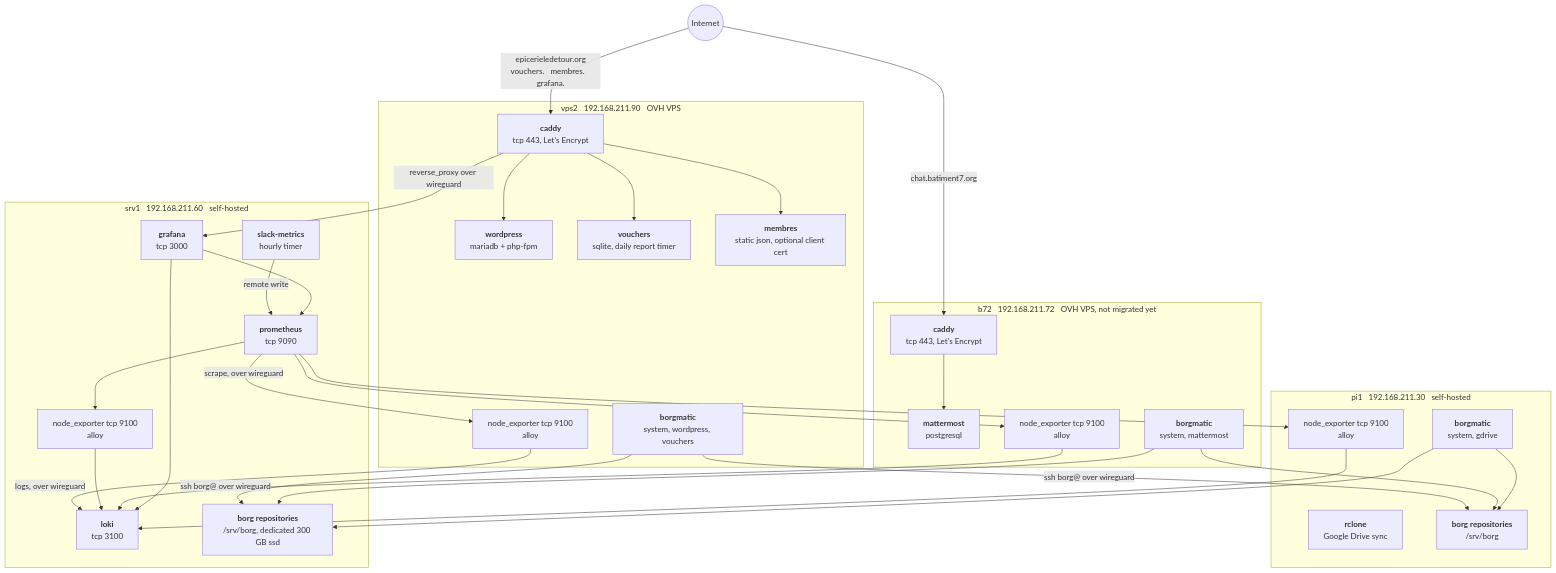
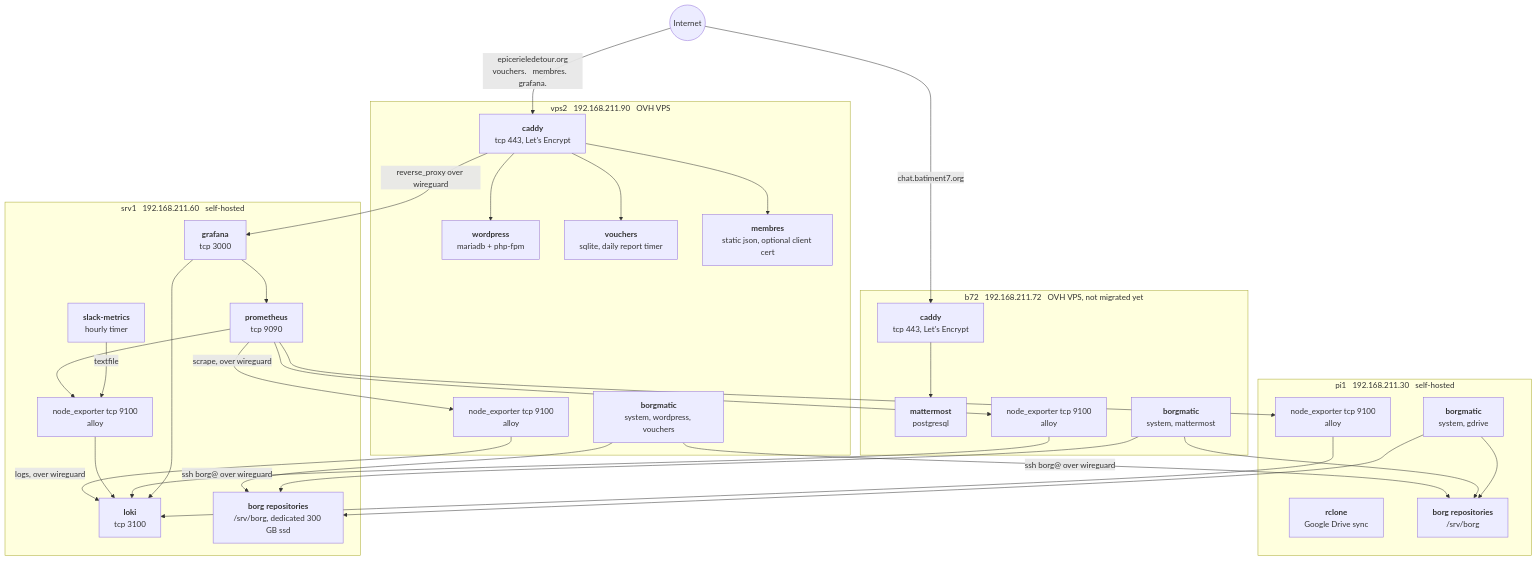
Before and after one commit to epicerieledetour/ansible-automation: the second of 2 diagrams in README.md, drawn with Mermaid. The commit also changed other lines of this file and 8 other files, not shown here.

````diff
--- a/README.md
+++ b/README.md
@@ -98,64 +98,64 @@
 ```mermaid
 flowchart TB
     internet(("Internet"))
 
     subgraph vps2["vps2 &nbsp; 192.168.211.90 &nbsp; OVH VPS"]
         caddy["<b>caddy</b><br/>tcp 443, Let's Encrypt"]
         wordpress["<b>wordpress</b><br/>mariadb + php-fpm"]
         vouchers["<b>vouchers</b><br/>sqlite, daily report timer"]
         membres["<b>membres</b><br/>static json, optional client cert"]
         borgmatic["<b>borgmatic</b><br/>system, wordpress, vouchers"]
         agents2["node_exporter tcp 9100<br/>alloy"]
     end
 
     subgraph srv1["srv1 &nbsp; 192.168.211.60 &nbsp; self-hosted"]
         grafana["<b>grafana</b><br/>tcp 3000"]
         loki["<b>loki</b><br/>tcp 3100"]
         prometheus["<b>prometheus</b><br/>tcp 9090"]
         slack["<b>slack-metrics</b><br/>hourly timer"]
         borg["<b>borg repositories</b><br/>/srv/borg, dedicated 300 GB ssd"]
         agents1["node_exporter tcp 9100<br/>alloy"]
     end
 
     subgraph pi1["pi1 &nbsp; 192.168.211.30 &nbsp; self-hosted"]
         rclone["<b>rclone</b><br/>Google Drive sync"]
         borgmaticpi["<b>borgmatic</b><br/>system, gdrive"]
         borgpi["<b>borg repositories</b><br/>/srv/borg"]
         agentspi["node_exporter tcp 9100<br/>alloy"]
     end
 
     subgraph b72["b72 &nbsp; 192.168.211.72 &nbsp; OVH VPS, not migrated yet"]
         caddyb7["<b>caddy</b><br/>tcp 443, Let's Encrypt"]
         mattermost["<b>mattermost</b><br/>postgresql"]
         borgmaticb7["<b>borgmatic</b><br/>system, mattermost"]
         agentsb7["node_exporter tcp 9100<br/>alloy"]
     end
 
     internet -->|"epicerieledetour.org<br/>vouchers. &nbsp; membres. &nbsp; grafana."| caddy
     internet -->|"chat.batiment7.org"| caddyb7
 
     caddy --> wordpress
     caddy --> vouchers
     caddy --> membres
     caddy -->|"reverse_proxy over wireguard"| grafana
     caddyb7 --> mattermost
 
     borgmatic -->|"ssh borg@ over wireguard"| borg
     borgmatic -->|"ssh borg@ over wireguard"| borgpi
     borgmaticb7 --> borg
     borgmaticb7 --> borgpi
     borgmaticpi --> borg
     borgmaticpi --> borgpi
 
     agents2 -->|"logs, over wireguard"| loki
     agents1 --> loki
     agentspi --> loki
     agentsb7 --> loki
     prometheus -->|"scrape, over wireguard"| agents2
     prometheus --> agents1
-    slack -->|"remote write"| prometheus
+    slack -->|"textfile"| agents1
     prometheus --> agentspi
     prometheus --> agentsb7
     grafana --> loki
     grafana --> prometheus
 ```
````
